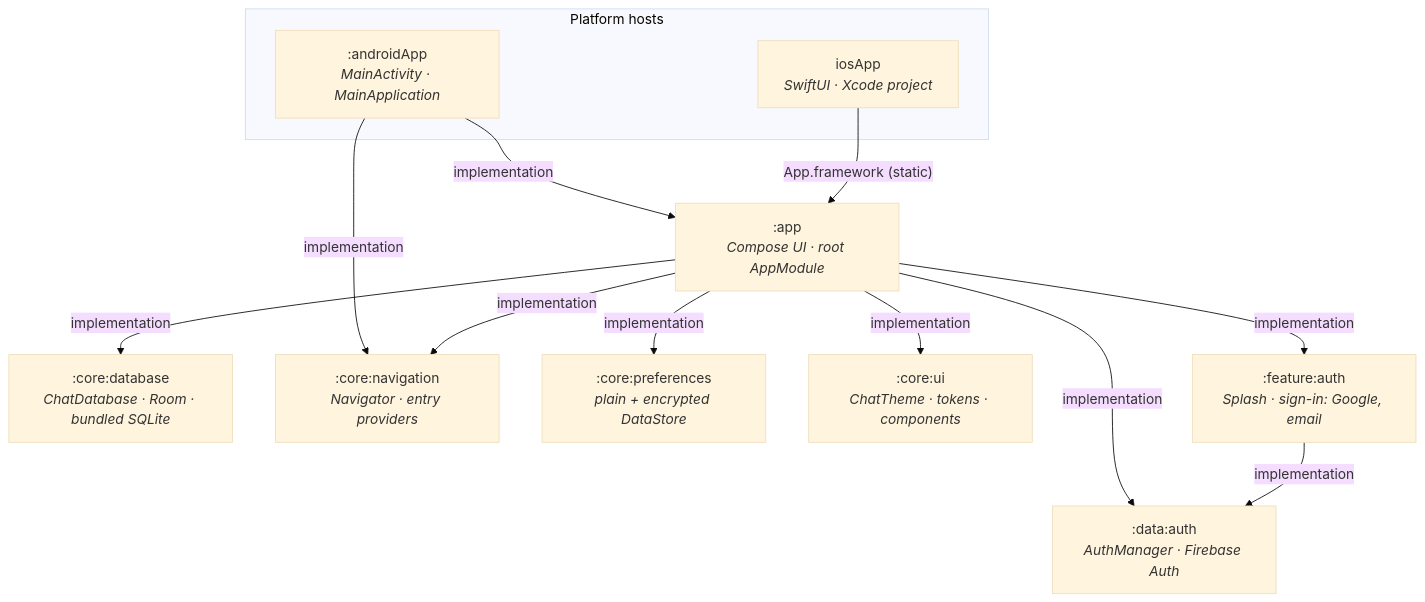
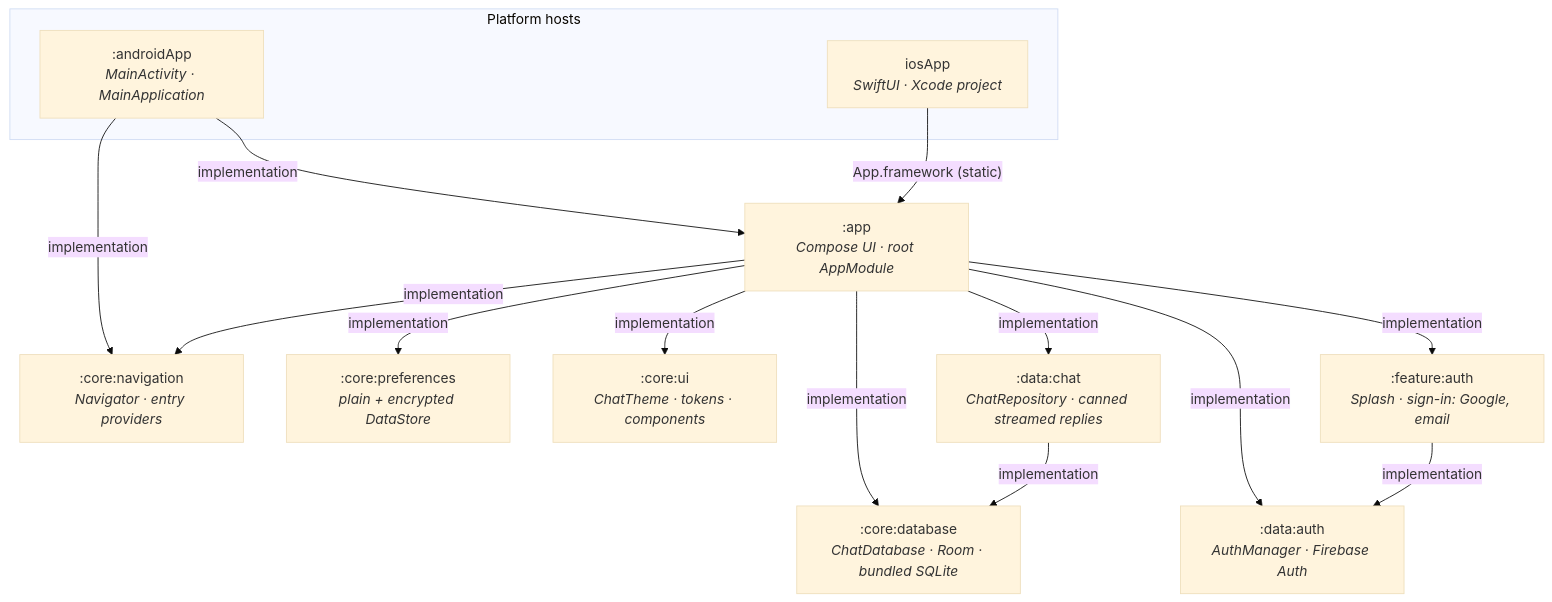
Before and after one commit to weslley-poatek/chat: the diagram in README.md, drawn with Mermaid (base theme). The commit also changed other lines of this file and 29 other files, not shown here.

Commit message:
✨ feat: Add data:chat module with the chat repository, model catalogue and streamed canned replies.

````diff
--- a/README.md
+++ b/README.md
@@ -83,26 +84,29 @@
 ```mermaid
 flowchart TD
     subgraph hosts ["Platform hosts"]
         androidApp[":androidApp<br/><i>MainActivity · MainApplication</i>"]
         iosApp["iosApp<br/><i>SwiftUI · Xcode project</i>"]
     end
 
     app[":app<br/><i>Compose UI · root AppModule</i>"]
     db[":core:database<br/><i>ChatDatabase · Room · bundled SQLite</i>"]
     nav[":core:navigation<br/><i>Navigator · entry providers</i>"]
     prefs[":core:preferences<br/><i>plain + encrypted DataStore</i>"]
     ui[":core:ui<br/><i>ChatTheme · tokens · components</i>"]
     featureAuth[":feature:auth<br/><i>Splash · sign-in: Google, email</i>"]
     dataAuth[":data:auth<br/><i>AuthManager · Firebase Auth</i>"]
+    dataChat[":data:chat<br/><i>ChatRepository · canned streamed replies</i>"]
 
     androidApp -- "implementation" --> app
     androidApp -- "implementation" --> nav
     iosApp -- "App.framework (static)" --> app
     app -- "implementation" --> db
     app -- "implementation" --> nav
     app -- "implementation" --> prefs
     app -- "implementation" --> ui
     app -- "implementation" --> featureAuth
     app -- "implementation" --> dataAuth
+    app -- "implementation" --> dataChat
     featureAuth -- "implementation" --> dataAuth
+    dataChat -- "implementation" --> db
 ```
````
